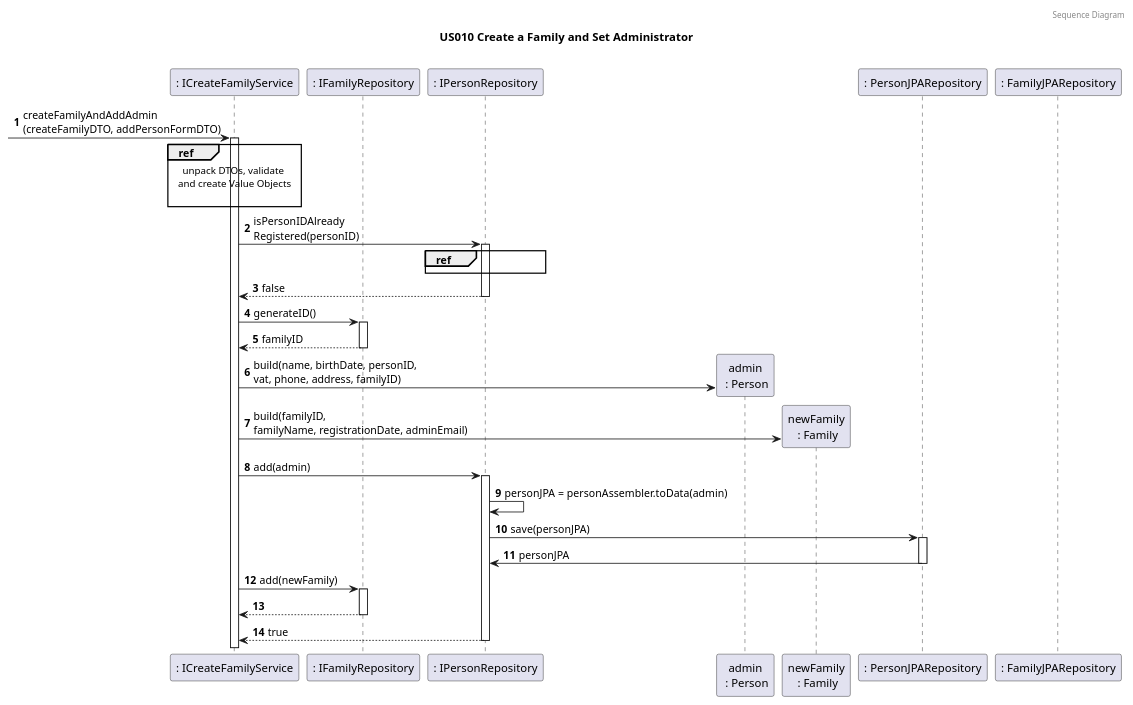
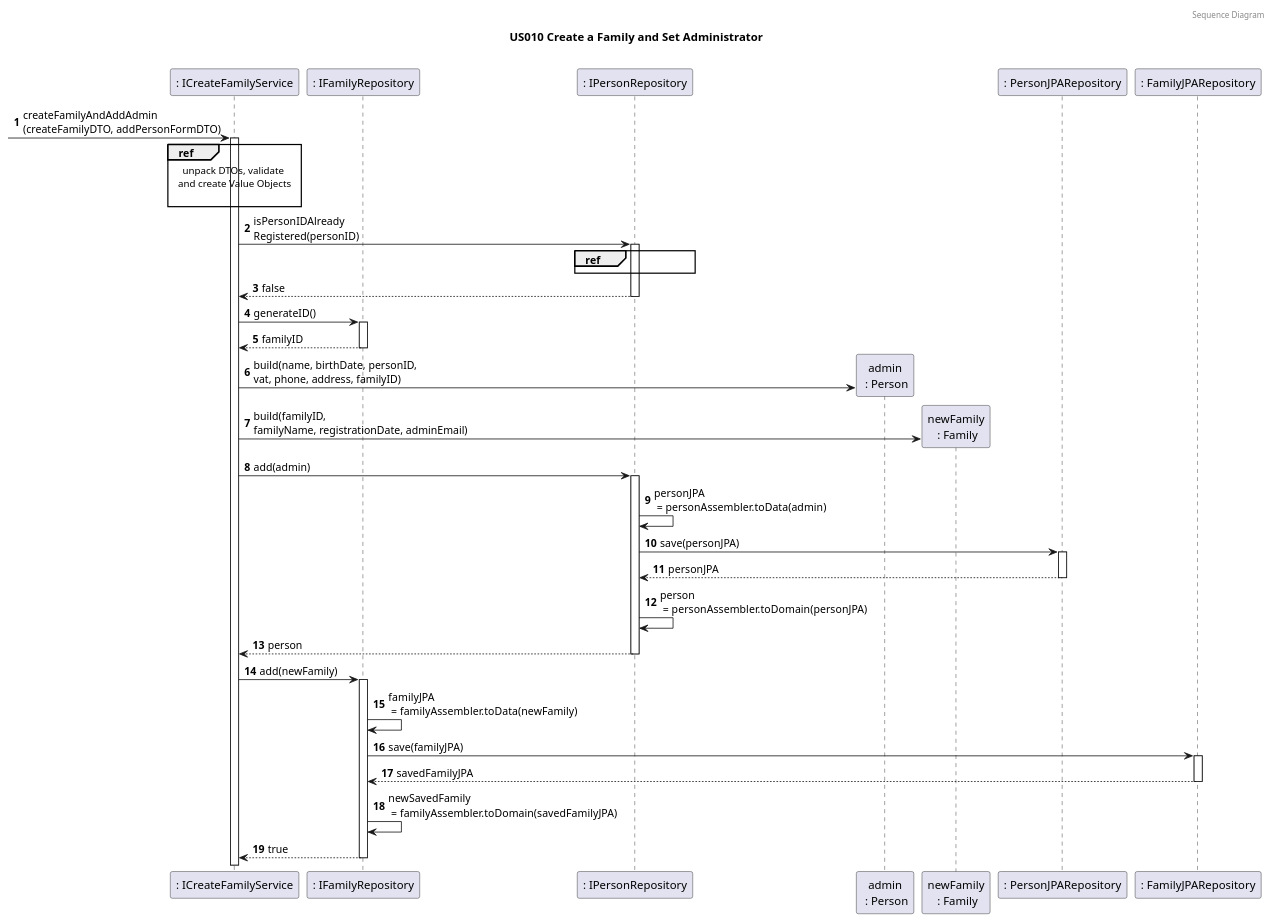
One commit to tomas-osswald/switch_2020_g3 changed the third of 5 diagrams in docs/sprint4/user_stories/US010_CreateAFamilyAndSetAdministrator.md. Above: the diagram before and after it, drawn with PlantUML. The commit also changed 1 other file, not shown here.

Commit message:
Changes to US010 SD

`````diff
--- a/docs/sprint4/user_stories/US010_CreateAFamilyAndSetAdministrator.md
+++ b/docs/sprint4/user_stories/US010_CreateAFamilyAndSetAdministrator.md
@@ -120,55 +120,65 @@
 ````puml
 @startuml
 
 autonumber
 header Sequence Diagram
 title US010 Create a Family and Set Administrator
 
 
 participant ": ICreateFamilyService" as FamAdminService
 participant ": IFamilyRepository" as familyRepository
 participant ": IPersonRepository" as personRepository
 participant "admin\n : Person" as admin
 participant "newFamily\n : Family" as newFamily
 participant ": PersonJPARepository" as personJAPRepository
-participant ": FamilyJPARepository" as familyAPRepository
+participant ": FamilyJPARepository" as familyJPARepository
 
 note left: especificar nome da instância no participant?
 
  -> FamAdminService : createFamilyAndAddAdmin\n(createFamilyDTO, addPersonFormDTO)
 activate FamAdminService
 
 ref over FamAdminService
 unpack DTOs, validate 
 and create Value Objects
 
 end ref
 
 FamAdminService -> personRepository: isPersonIDAlready\nRegistered(personID)
 ref over personRepository
 
 end ref
 activate personRepository
 return false
 FamAdminService -> familyRepository : generateID()
 activate familyRepository
 return familyID
 FamAdminService -> admin** : build(name, birthDate, personID, \nvat, phone, address, familyID)
 
 FamAdminService -> newFamily**: build(familyID, \nfamilyName, registrationDate, adminEmail)
 
 FamAdminService -> personRepository: add(admin)
 activate personRepository
-personRepository -> personRepository: personJPA = personAssembler.toData(admin)
+personRepository -> personRepository: personJPA\n = personAssembler.toData(admin)
 personRepository -> personJAPRepository: save(personJPA)
 activate personJAPRepository
-personJAPRepository -> personRepository: personJPA
-deactivate personJAPRepository
+return personJPA
+personRepository -> personRepository: person\n = personAssembler.toDomain(personJPA)
+return person
+
 FamAdminService -> familyRepository: add(newFamily)
 activate familyRepository
-return 
+familyRepository -> familyRepository : familyJPA\n = familyAssembler.toData(newFamily)
+familyRepository -> familyJPARepository : save(familyJPA)
+activate familyJPARepository
+return savedFamilyJPA
+familyRepository -> familyRepository : newSavedFamily\n = familyAssembler.toDomain(savedFamilyJPA)
+
+
+
+
 return true
  
 
 @enduml
 ````
`````
